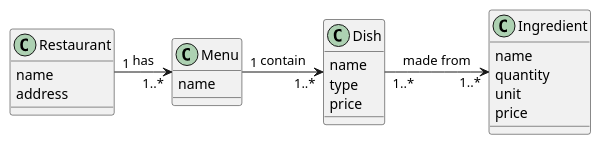
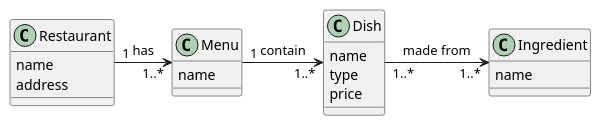
Before and after one commit to NguyetHuynh/DataOnTheWeb: the diagram in restaurant_conceptual.plantuml, drawn with PlantUML. The commit also changed 2 other files, not shown here.

```diff
--- a/restaurant_conceptual.plantuml
+++ b/restaurant_conceptual.plantuml
@@ -1,30 +1,27 @@
 @startuml
    class Restaurant{
       name
       address
    }
 
    class Menu{
       name       
    }
 
    class Dish{
       name
       type
       price
    }
 
    class Ingredient{
       name
-      quantity
-      unit
-      price
    }
    
    '1..* - Restaurant can have 1 or more menus'
    '1 - Menus belong to only 1 restaurant'
    Restaurant "1" -right-> "1..*" Menu : has
    Menu "1" -right-> "1..*" Dish : contain
    Dish "1..*" -right-> "1..*" Ingredient : made from
     
 @enduml
```
